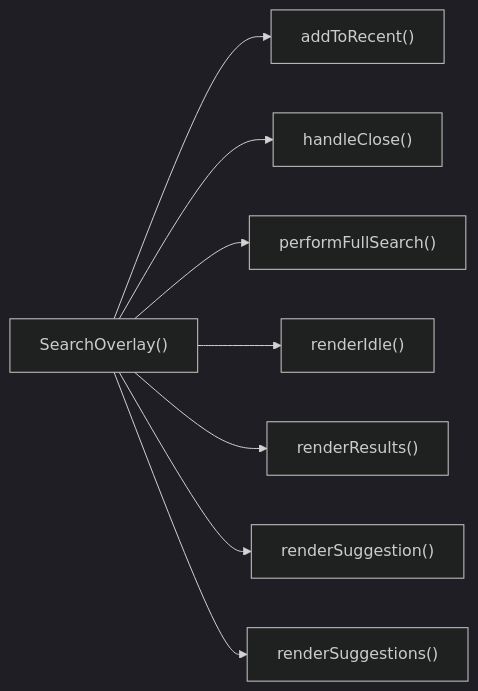
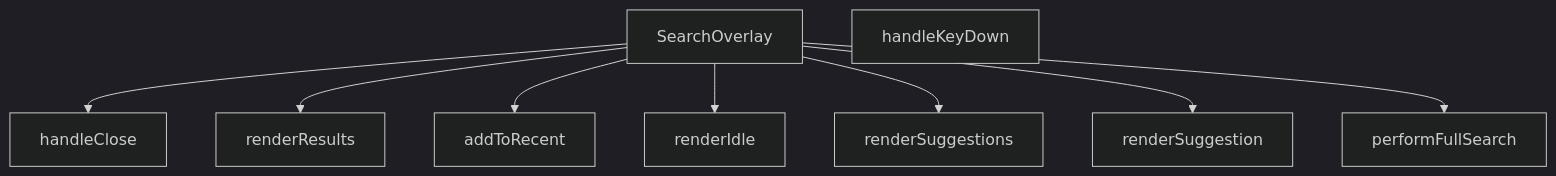
One commit to peckop/venthub-hvac-esite changed the diagram in src/components/SearchOverlay.md. Above: the diagram before and after it, drawn with Mermaid (dark theme). The commit also changed other lines of this file and 56 other files, not shown here.

````diff
--- a/src/components/SearchOverlay.md
+++ b/src/components/SearchOverlay.md
@@ -410,10 +288,19 @@
 ```mermaid
-graph LR
-    SearchOverlay["SearchOverlay()"] --> addToRecent["addToRecent()"]
-    SearchOverlay["SearchOverlay()"] --> handleClose["handleClose()"]
-    SearchOverlay["SearchOverlay()"] --> performFullSearch["performFullSearch()"]
-    SearchOverlay["SearchOverlay()"] --> renderIdle["renderIdle()"]
-    SearchOverlay["SearchOverlay()"] --> renderResults["renderResults()"]
-    SearchOverlay["SearchOverlay()"] --> renderSuggestion["renderSuggestion()"]
-    SearchOverlay["SearchOverlay()"] --> renderSuggestions["renderSuggestions()"]
+graph TD
+    SearchOverlay_tsx__SearchOverlay["SearchOverlay"]
+    SearchOverlay_tsx__addToRecent["addToRecent"]
+    SearchOverlay_tsx__handleClose["handleClose"]
+    SearchOverlay_tsx__handleKeyDown["handleKeyDown"]
+    SearchOverlay_tsx__performFullSearch["performFullSearch"]
+    SearchOverlay_tsx__renderIdle["renderIdle"]
+    SearchOverlay_tsx__renderResults["renderResults"]
+    SearchOverlay_tsx__renderSuggestion["renderSuggestion"]
+    SearchOverlay_tsx__renderSuggestions["renderSuggestions"]
+    SearchOverlay_tsx__SearchOverlay --> SearchOverlay_tsx__handleClose
+    SearchOverlay_tsx__SearchOverlay --> SearchOverlay_tsx__renderResults
+    SearchOverlay_tsx__SearchOverlay --> SearchOverlay_tsx__addToRecent
+    SearchOverlay_tsx__SearchOverlay --> SearchOverlay_tsx__renderIdle
+    SearchOverlay_tsx__SearchOverlay --> SearchOverlay_tsx__renderSuggestions
+    SearchOverlay_tsx__SearchOverlay --> SearchOverlay_tsx__renderSuggestion
+    SearchOverlay_tsx__SearchOverlay --> SearchOverlay_tsx__performFullSearch
 ```
````
